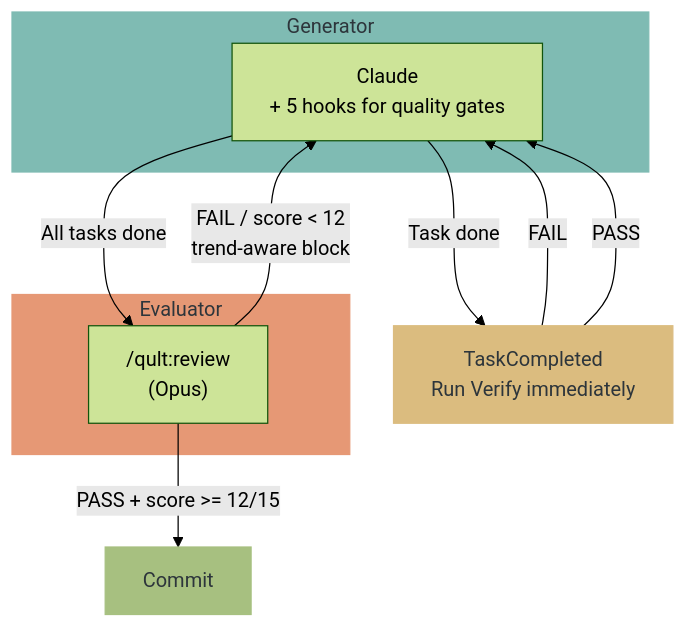
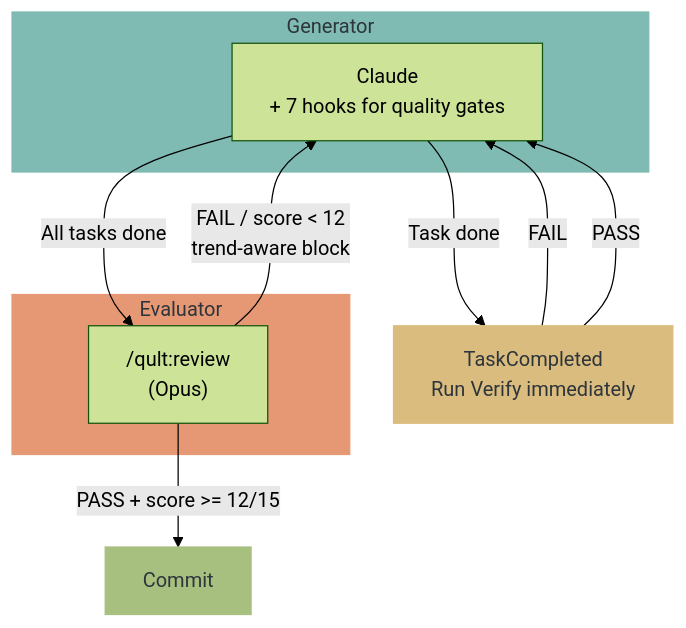
The second of 2 diagrams in README.md (hir4ta/qult), drawn with Mermaid (forest theme) before and after one commit. The commit also changed other lines of this file and 7 other files, not shown here.

````diff
--- a/README.md
+++ b/README.md
@@ -46,21 +46,21 @@
 ```mermaid
 flowchart TB
     subgraph Generator["Generator"]
-        Claude["Claude\n+ 5 hooks for quality gates"]
+        Claude["Claude\n+ 7 hooks for quality gates"]
     end
     subgraph Evaluator["Evaluator"]
         Rev["/qult:review\n(Opus)"]
     end
 
     Claude -- "Task done" --> TV["TaskCompleted\nRun Verify immediately"]
     TV -- "FAIL" --> Claude
     TV -- "PASS" --> Claude
     Claude -- "All tasks done" --> Rev
     Rev -- "FAIL / score < 12\ntrend-aware block" --> Claude
     Rev -- "PASS + score >= 12/15" --> Done["Commit"]
 
     style Generator fill:#7fbbb3,color:#2d353b,stroke:#7fbbb3
     style Evaluator fill:#e69875,color:#2d353b,stroke:#e69875
     style Done fill:#a7c080,color:#2d353b,stroke:#a7c080
     style TV fill:#dbbc7f,color:#2d353b,stroke:#dbbc7f
 ```
````
